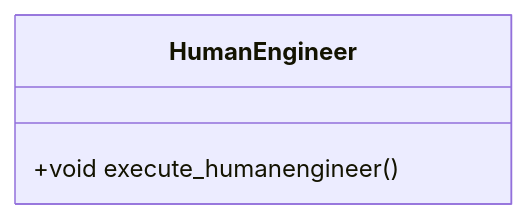
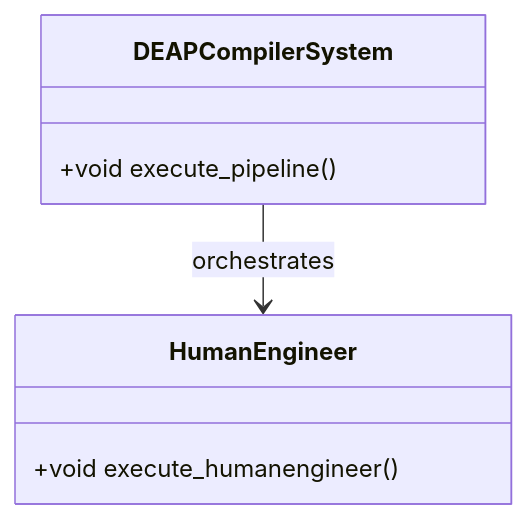
The diagram in docs/features/FEAT-01-HumanEngineer.md (gintatkinson/dumpiler-01), drawn with Mermaid before and after one commit. The commit also changed other lines of this file and 90 other files, not shown here.

````diff
--- a/docs/features/FEAT-01-HumanEngineer.md
+++ b/docs/features/FEAT-01-HumanEngineer.md
@@ -25,6 +25,10 @@
 ```mermaid
 classDiagram
+    class DEAPCompilerSystem {
+        +void execute_pipeline()
+    }
     class HumanEngineer {
         +void execute_humanengineer()
     }
+    DEAPCompilerSystem --> HumanEngineer : orchestrates
 ```
````
